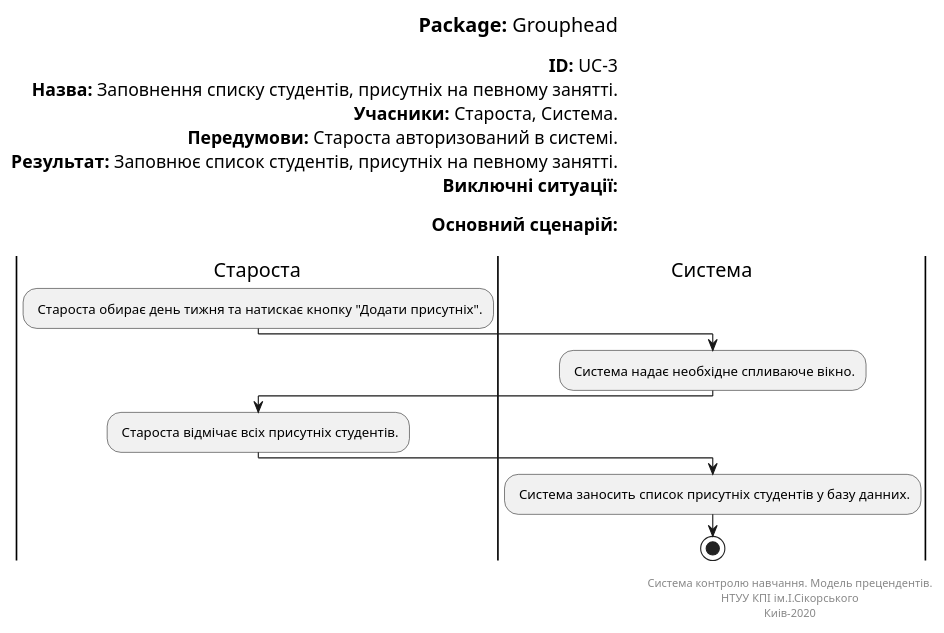
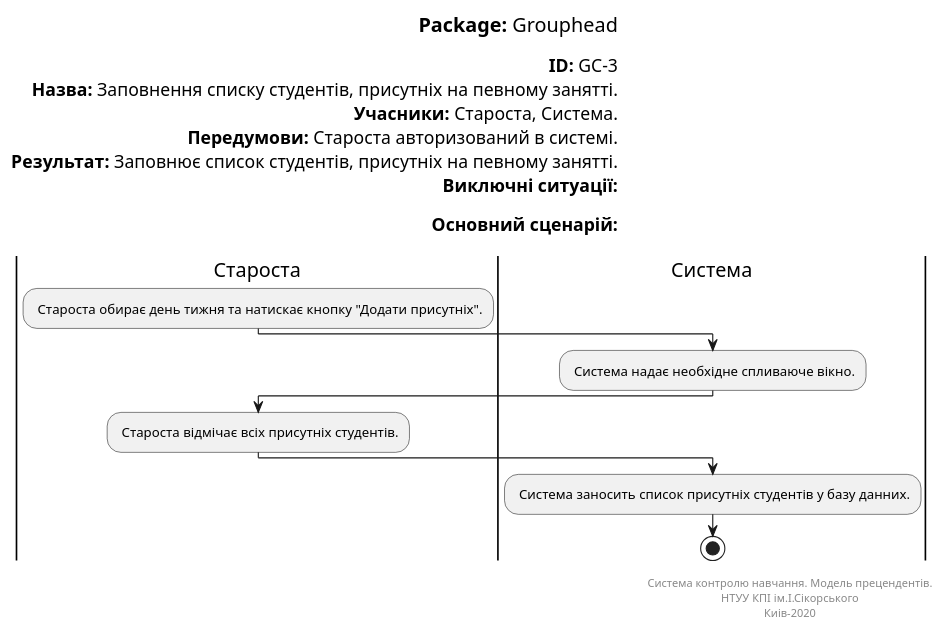
Before and after one commit to vladlinu/TeamOne: the diagram in docs/UML_Diagrams/scenarios/grouphead/src/AddPresentStudents.pu, drawn with PlantUML. The commit also changed 5 other files, not shown here.

```diff
--- a/docs/UML_Diagrams/scenarios/grouphead/src/AddPresentStudents.pu
+++ b/docs/UML_Diagrams/scenarios/grouphead/src/AddPresentStudents.pu
@@ -1,36 +1,36 @@
 @startuml
 left header
 <font color=000 size=18><b>Package:</b> Grouphead
 
-<font color=000 size=16><b>ID:</b> UC-3
+<font color=000 size=16><b>ID:</b> GC-3
 <font color=000 size=16><b>Назва:</b> Заповнення списку студентів, присутніх на певному занятті.
 <font color=000 size=16><b>Учасники:</b> Староста, Система.
 <font color=000 size=16><b>Передумови:</b> Староста авторизований в системі.
 <font color=000 size=16><b>Результат:</b> Заповнює список студентів, присутніх на певному занятті.
 <font color=000 size=16><b>Виключні ситуації:</b>
 
 <font color=000 size=16><b>Основний сценарій:</b>
 
 end header
 
 |Староста|
 : Староста обирає день тижня та натискає кнопку "Додати присутніх".;
 
 |Система|
 : Система надає необхідне спливаюче вікно.;
 
 |Староста|
 : Староста відмічає всіх присутніх студентів.;
 
 |Система|
 : Система заносить список присутніх студентів у базу данних.;
 
 stop;
 
 right footer
 
 Система контролю навчання. Модель прецендентів.
 НТУУ КПІ ім.І.Сікорського
 Киів-2020
 end footer
 @enduml
```
